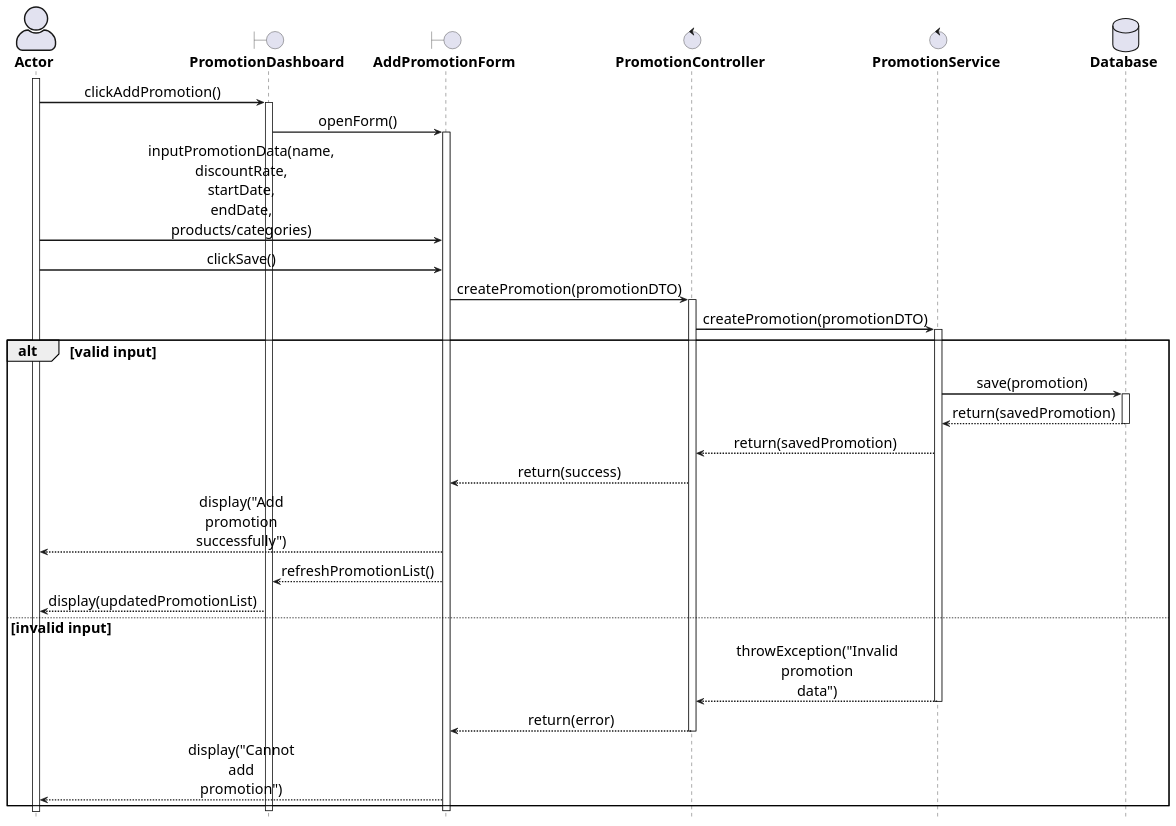
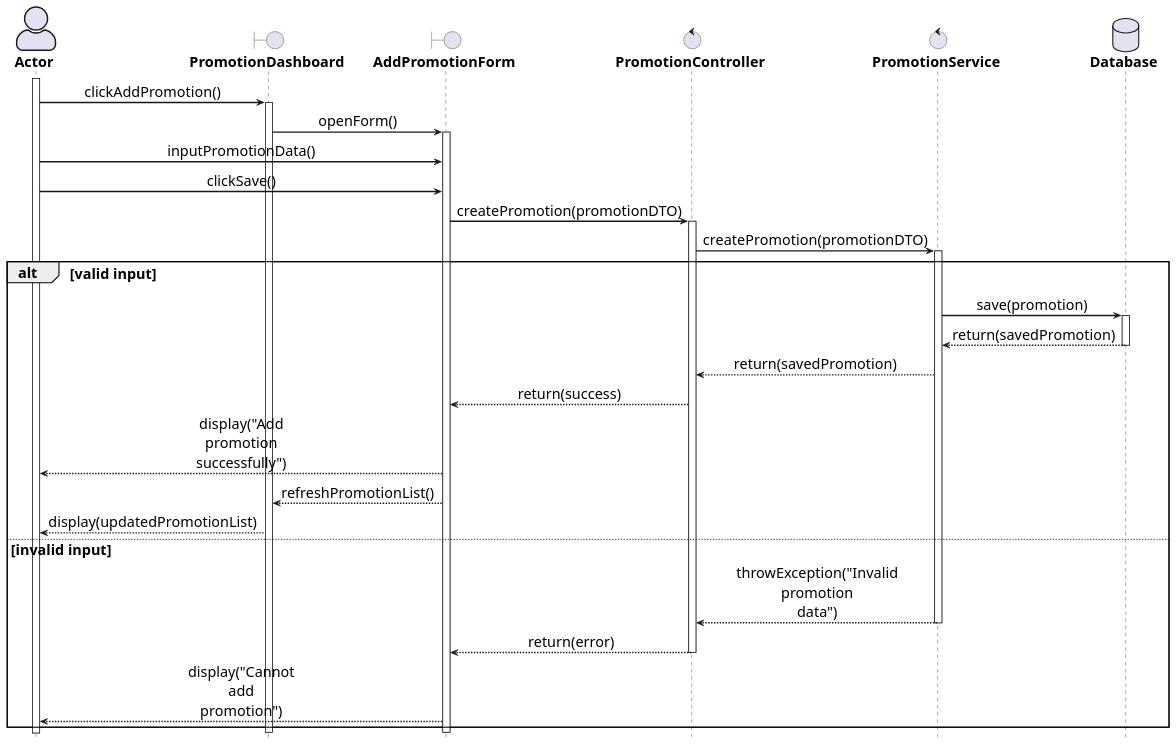
One commit to phuquy-28/clothing-store-spring changed the diagram in docs/sequence-diagram/add-promotion.pu. Above: the diagram before and after it, drawn with PlantUML. The commit also changed 4 other files, not shown here.

```diff
--- a/docs/sequence-diagram/add-promotion.pu
+++ b/docs/sequence-diagram/add-promotion.pu
@@ -1,82 +1,82 @@
 @startuml
 
 ' General configuration
 skinparam defaultFontSize 20
 skinparam maxMessageSize 60
 skinparam sequenceMessageAlign center
 
 ' Actor style configuration
 skinparam actorStyle awesome
 
 ' Arrow and border thickness configuration
 skinparam {
     ArrowThickness 2
     ParticipantBorderThickness 2
     ActorBorderThickness 2
     LifeLineBorderThickness 2
     ActivationBorderThickness 2
 }
 
 ' Life line color configuration
 skinparam LifeLineBorderColor black
 
 ' Font style configuration for components
 skinparam {
     actorFontStyle bold
     boundaryFontStyle bold
     controlFontStyle bold
     entityFontStyle bold
     databaseFontStyle bold
 }
 
 ' Define components
 actor "Actor" as actor
 boundary "PromotionDashboard" as dashboard
 boundary "AddPromotionForm" as addForm
 control "PromotionController" as controller
 control "PromotionService" as service
 database "Database" as db
 
 ' Start processing flow
 activate actor
 
 actor -> dashboard: clickAddPromotion()
 activate dashboard
 
 dashboard -> addForm: openForm()
 activate addForm
 
-actor -> addForm: inputPromotionData(name, discountRate, \nstartDate, endDate, products/categories)
+actor -> addForm: inputPromotionData()
 actor -> addForm: clickSave()
 
 addForm -> controller: createPromotion(promotionDTO)
 activate controller
 
 controller -> service: createPromotion(promotionDTO)
 activate service
 
 alt valid input
     service -> db: save(promotion)
     activate db
     db --> service: return(savedPromotion)
     deactivate db
     
     service --> controller: return(savedPromotion)
     controller --> addForm: return(success)
     addForm --> actor: display("Add promotion successfully")
     
     addForm --> dashboard: refreshPromotionList()
     dashboard --> actor: display(updatedPromotionList)
 else invalid input
     service --> controller: throwException("Invalid promotion data")
     deactivate service
     controller --> addForm: return(error)
     deactivate controller
     addForm --> actor: display("Cannot add promotion")
 end
 
 deactivate addForm
 deactivate dashboard
 
 hide footbox
 @enduml
```
